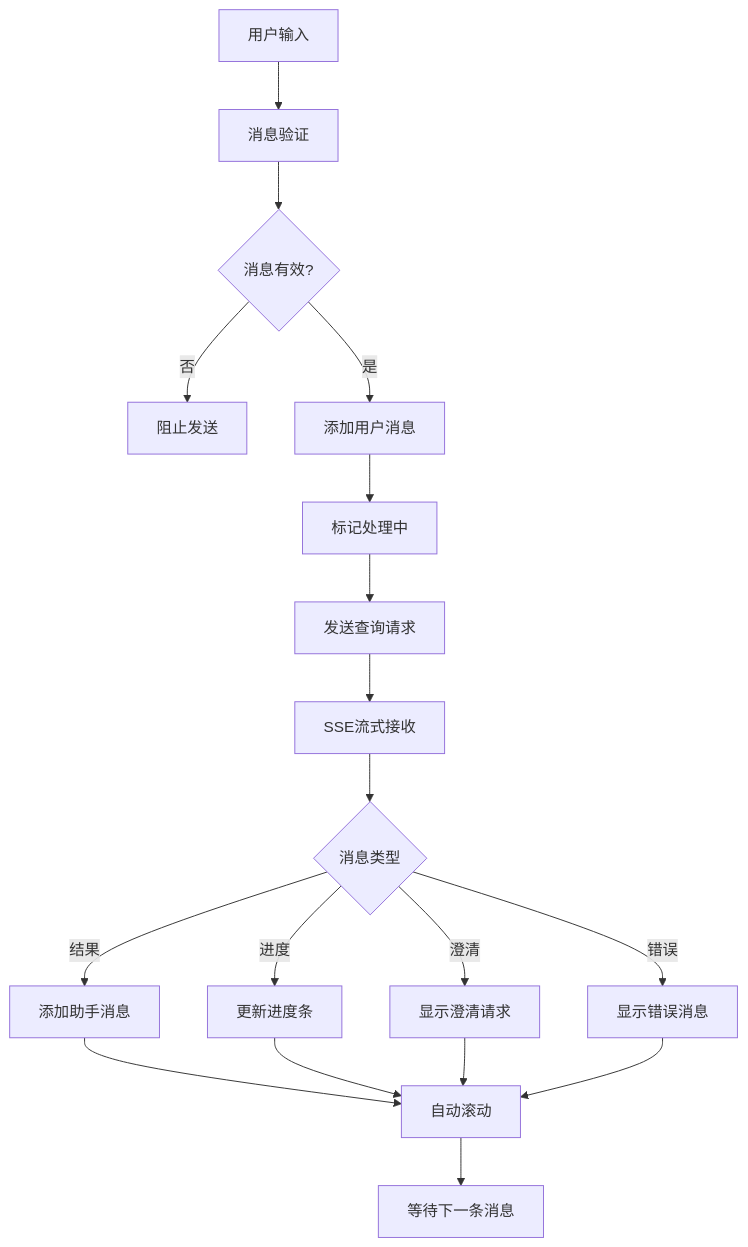
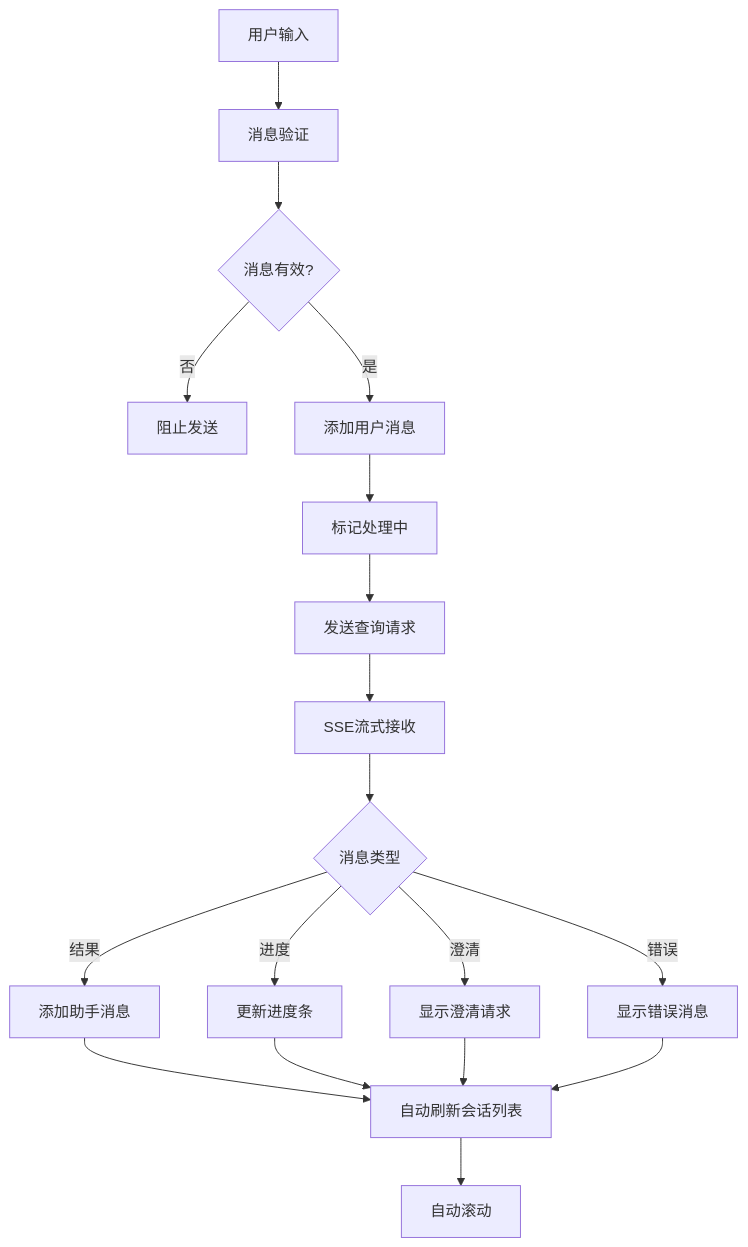
The seventh of 15 diagrams in .qoder/repowiki/zh/content/核心模块详解/NL2SQL自然语言到SQL系统/NL2SQL前端增强功能.md (HanHuiOnLine/724-office), drawn with Mermaid before and after one commit. The commit also changed other lines of this file and 15 other files, not shown here.

````diff
--- a/.qoder/repowiki/zh/content/核心模块详解/NL2SQL自然语言到SQL系统/NL2SQL前端增强功能.md
+++ b/.qoder/repowiki/zh/content/核心模块详解/NL2SQL自然语言到SQL系统/NL2SQL前端增强功能.md
@@ -288,20 +296,20 @@
 ```mermaid
 flowchart TD
 A[用户输入] --> B[消息验证]
 B --> C{消息有效?}
 C --> |否| D[阻止发送]
 C --> |是| E[添加用户消息]
 E --> F[标记处理中]
 F --> G[发送查询请求]
 G --> H[SSE流式接收]
 H --> I{消息类型}
 I --> |结果| J[添加助手消息]
 I --> |进度| K[更新进度条]
 I --> |澄清| L[显示澄清请求]
 I --> |错误| M[显示错误消息]
-J --> N[自动滚动]
+J --> N[自动刷新会话列表]
 K --> N
 L --> N
 M --> N
-N --> O[等待下一条消息]
+N --> O[自动滚动]
 ```
````
